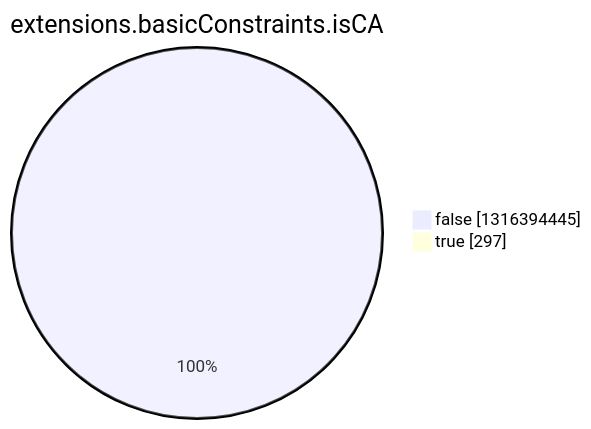
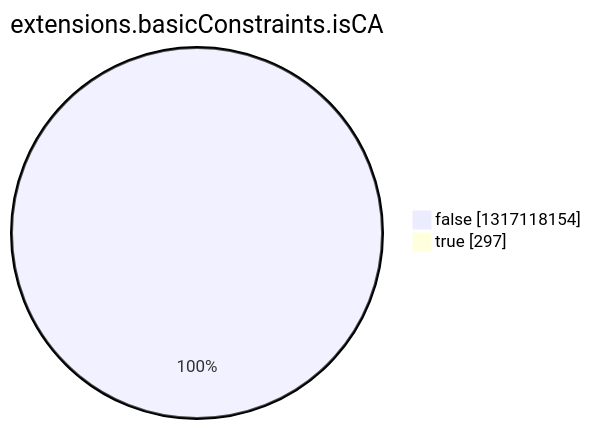
One commit to christiankrug/ctmonitor_visualization changed the eighth of 15 diagrams in argon2022/README.md. Above: the diagram before and after it, drawn with Mermaid. The commit also changed other lines of this file, not shown here.

````diff
--- a/argon2022/README.md
+++ b/argon2022/README.md
@@ -2758,6 +2758,6 @@
 ```mermaid
 pie showData
 title extensions.basicConstraints.isCA
-"false" :1316394445
+"false" :1317118154
 "true" :297
 ```
````
